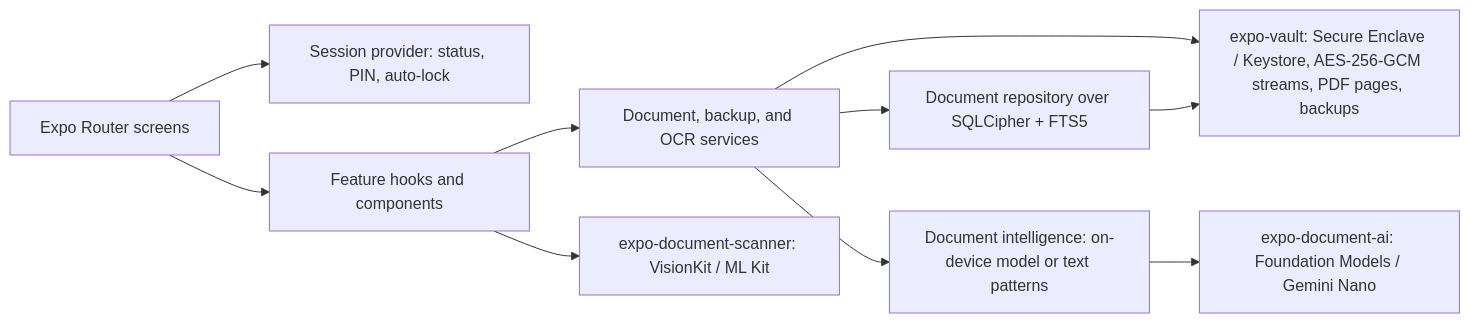
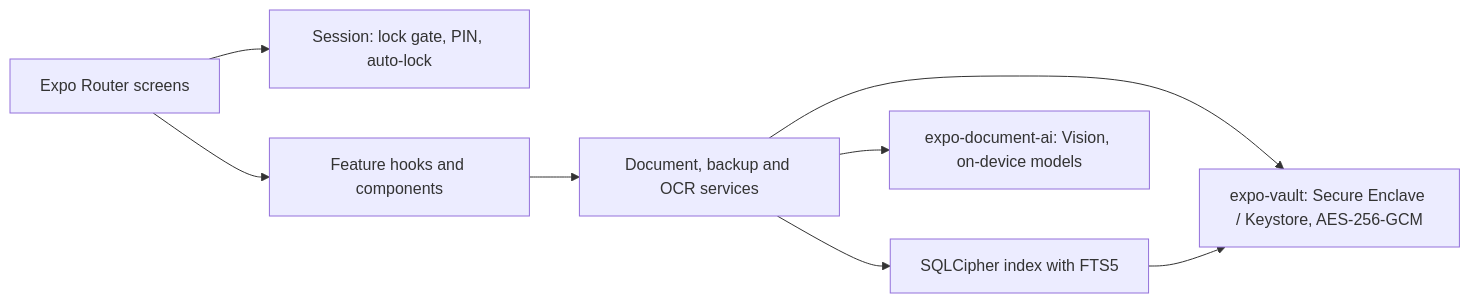
The diagram in README.md (naderalfakesh/secure-vault), drawn with Mermaid before and after one commit. The commit also changed other lines of this file and 9 other files, not shown here.

````diff
--- a/README.md
+++ b/README.md
@@ -95,12 +76,10 @@
 ```mermaid
 flowchart LR
-    Routes["Expo Router screens"] --> Session["Session provider: status, PIN, auto-lock"]
-    Routes --> Features["Feature hooks and components"]
-    Features --> Services["Document, backup, and OCR services"]
-    Services --> Repo["Document repository over SQLCipher + FTS5"]
-    Services --> Vault["expo-vault: Secure Enclave / Keystore, AES-256-GCM streams, PDF pages, backups"]
-    Services --> Intelligence["Document intelligence: on-device model or text patterns"]
-    Intelligence --> DocumentAi["expo-document-ai: Foundation Models / Gemini Nano"]
-    Features --> Scanner["expo-document-scanner: VisionKit / ML Kit"]
-    Repo --> Vault
+    Screens["Expo Router screens"] --> Session["Session: lock gate, PIN, auto-lock"]
+    Screens --> Features["Feature hooks and components"]
+    Features --> Services["Document, backup and OCR services"]
+    Services --> Index["SQLCipher index with FTS5"]
+    Services --> Vault["expo-vault: Secure Enclave / Keystore, AES-256-GCM"]
+    Services --> AI["expo-document-ai: Vision, on-device models"]
+    Index --> Vault
 ```
````
